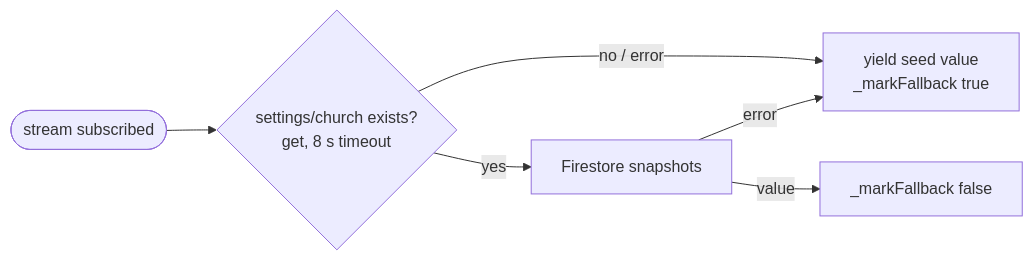
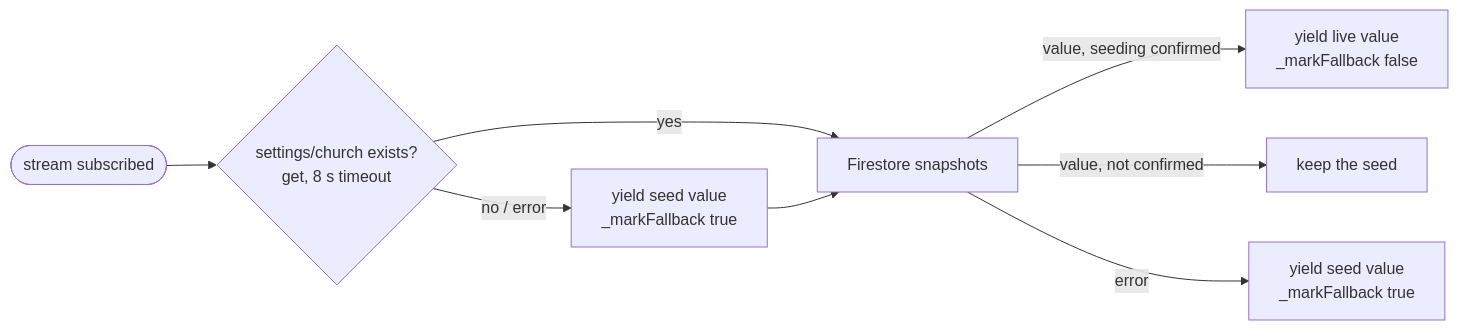
One commit to Kerollosmm/church-portal changed the second of 2 diagrams in docs/memory-bank/03-architecture.md. Above: the diagram before and after it, drawn with Mermaid. The commit also changed other lines of this file and 30 other files, not shown here.

````diff
--- a/docs/memory-bank/03-architecture.md
+++ b/docs/memory-bank/03-architecture.md
@@ -100,8 +100,10 @@
 ```mermaid
 flowchart LR
   start([stream subscribed]) --> q{settings/church exists?<br/>get, 8 s timeout}
   q -- no / error --> seed[yield seed value<br/>_markFallback true]
   q -- yes --> live[Firestore snapshots]
-  live -- value --> ok[_markFallback false]
-  live -- error --> seed
+  seed --> live
+  live -- value, seeding confirmed --> ok[yield live value<br/>_markFallback false]
+  live -- value, not confirmed --> skip[keep the seed]
+  live -- error --> seed2[yield seed value<br/>_markFallback true]
 ```
````
